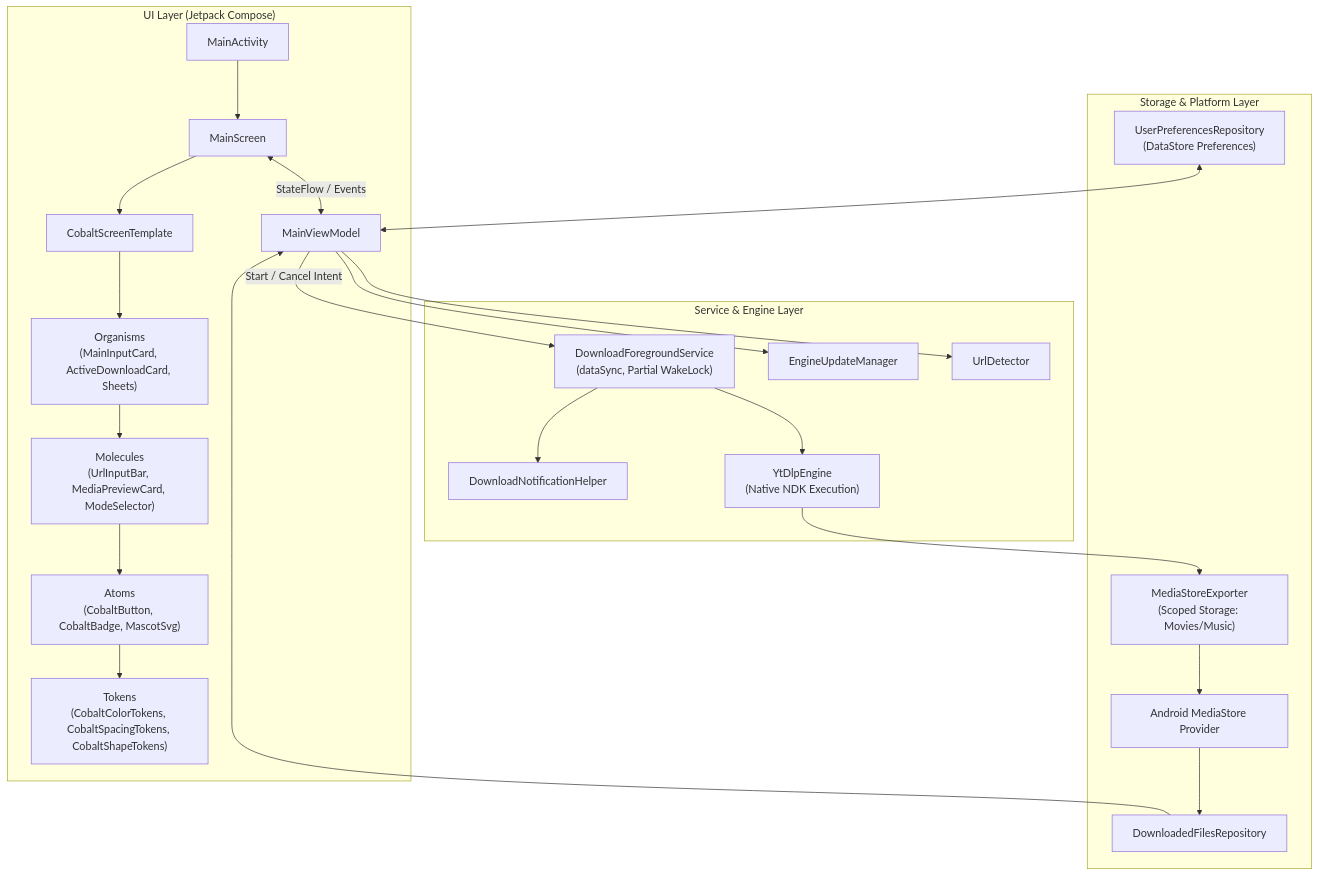
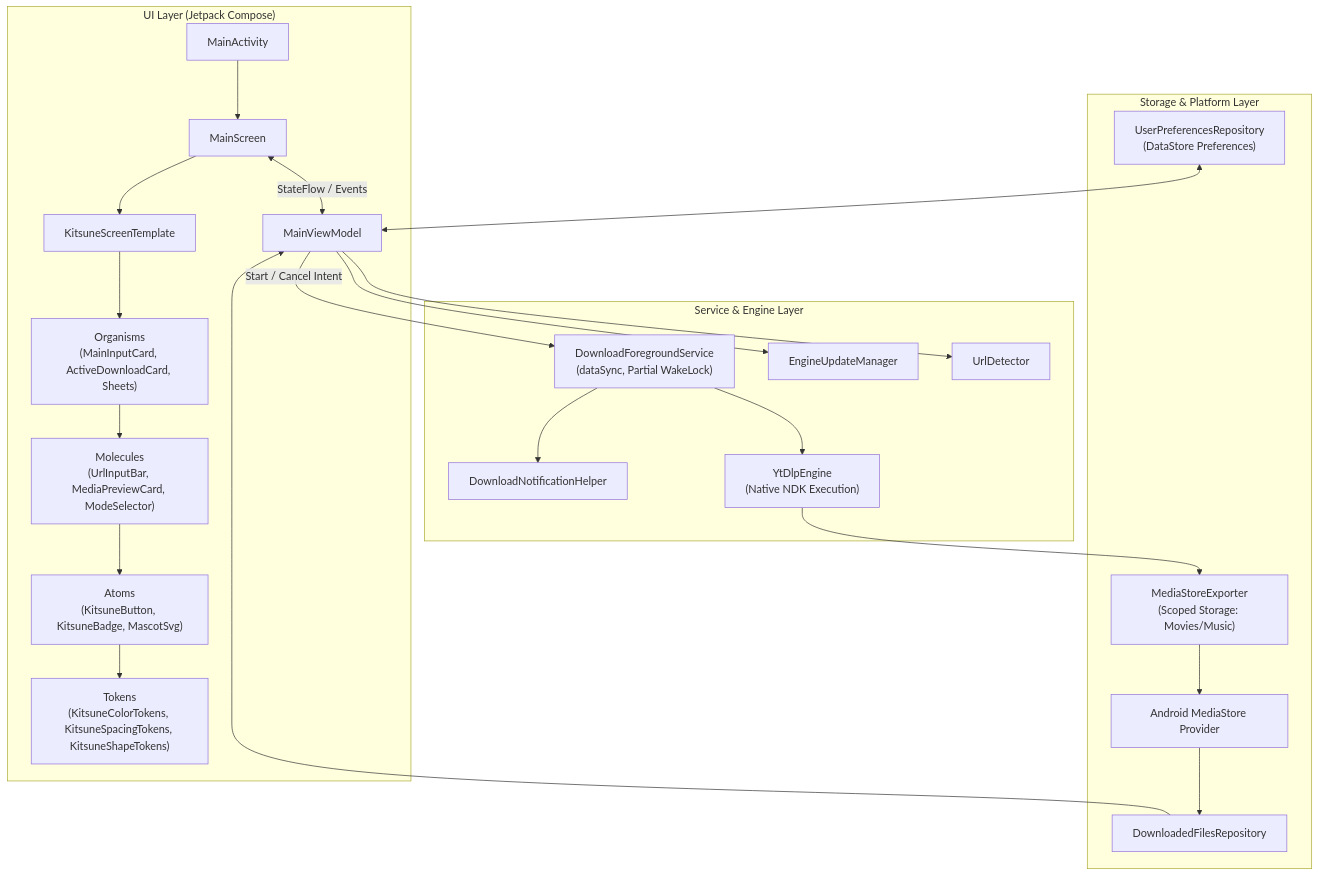
One commit to danielcrvo/kitsune changed the first of 2 diagrams in ARCHITECTURE.md. Above: the diagram before and after it, drawn with Mermaid. The commit also changed other lines of this file and 26 other files, not shown here.

Commit message:
refactor: rename Cobalt to Kitsune, unify color tokens, and add AMOLED black theme

````diff
--- a/ARCHITECTURE.md
+++ b/ARCHITECTURE.md
@@ -16,47 +16,47 @@
 ```mermaid
 flowchart TD
     subgraph UI_Layer["UI Layer (Jetpack Compose)"]
         Activity["MainActivity"]
         Screen["MainScreen"]
         ViewModel["MainViewModel"]
-        Template["CobaltScreenTemplate"]
+        Template["KitsuneScreenTemplate"]
         Organisms["Organisms\n(MainInputCard, ActiveDownloadCard, Sheets)"]
         Molecules["Molecules\n(UrlInputBar, MediaPreviewCard, ModeSelector)"]
-        Atoms["Atoms\n(CobaltButton, CobaltBadge, MascotSvg)"]
-        Tokens["Tokens\n(CobaltColorTokens, CobaltSpacingTokens, CobaltShapeTokens)"]
+        Atoms["Atoms\n(KitsuneButton, KitsuneBadge, MascotSvg)"]
+        Tokens["Tokens\n(KitsuneColorTokens, KitsuneSpacingTokens, KitsuneShapeTokens)"]
     end
 
     subgraph Service_Layer["Service & Engine Layer"]
         Service["DownloadForegroundService\n(dataSync, Partial WakeLock)"]
         Helper["DownloadNotificationHelper"]
         Engine["YtDlpEngine\n(Native NDK Execution)"]
         Updater["EngineUpdateManager"]
         Detector["UrlDetector"]
     end
 
     subgraph Storage_Layer["Storage & Platform Layer"]
         Exporter["MediaStoreExporter\n(Scoped Storage: Movies/Music)"]
         FilesRepo["DownloadedFilesRepository"]
         PrefsRepo["UserPreferencesRepository\n(DataStore Preferences)"]
         AndroidMediaStore["Android MediaStore Provider"]
     end
 
     Activity --> Screen
     Screen --> Template
     Template --> Organisms
     Organisms --> Molecules
     Molecules --> Atoms
     Atoms --> Tokens
 
     Screen <-->|StateFlow / Events| ViewModel
     ViewModel -->|Start / Cancel Intent| Service
     Service --> Helper
     Service --> Engine
     Engine --> Exporter
     Exporter --> AndroidMediaStore
     AndroidMediaStore --> FilesRepo
     FilesRepo --> ViewModel
     PrefsRepo <--> ViewModel
     ViewModel --> Updater
     ViewModel --> Detector
 ```
````
